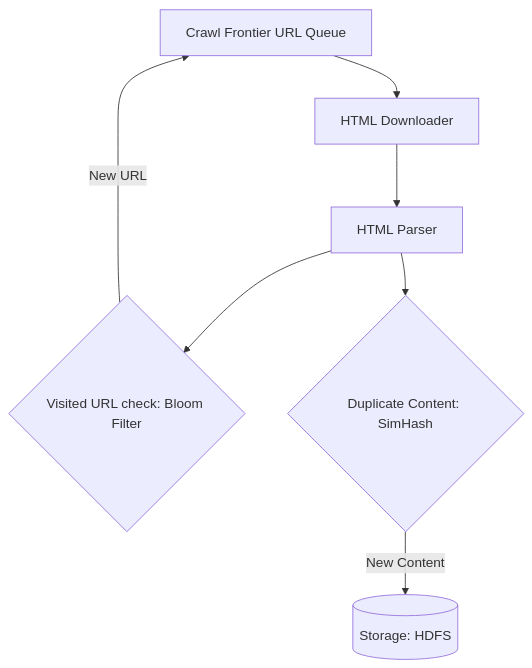
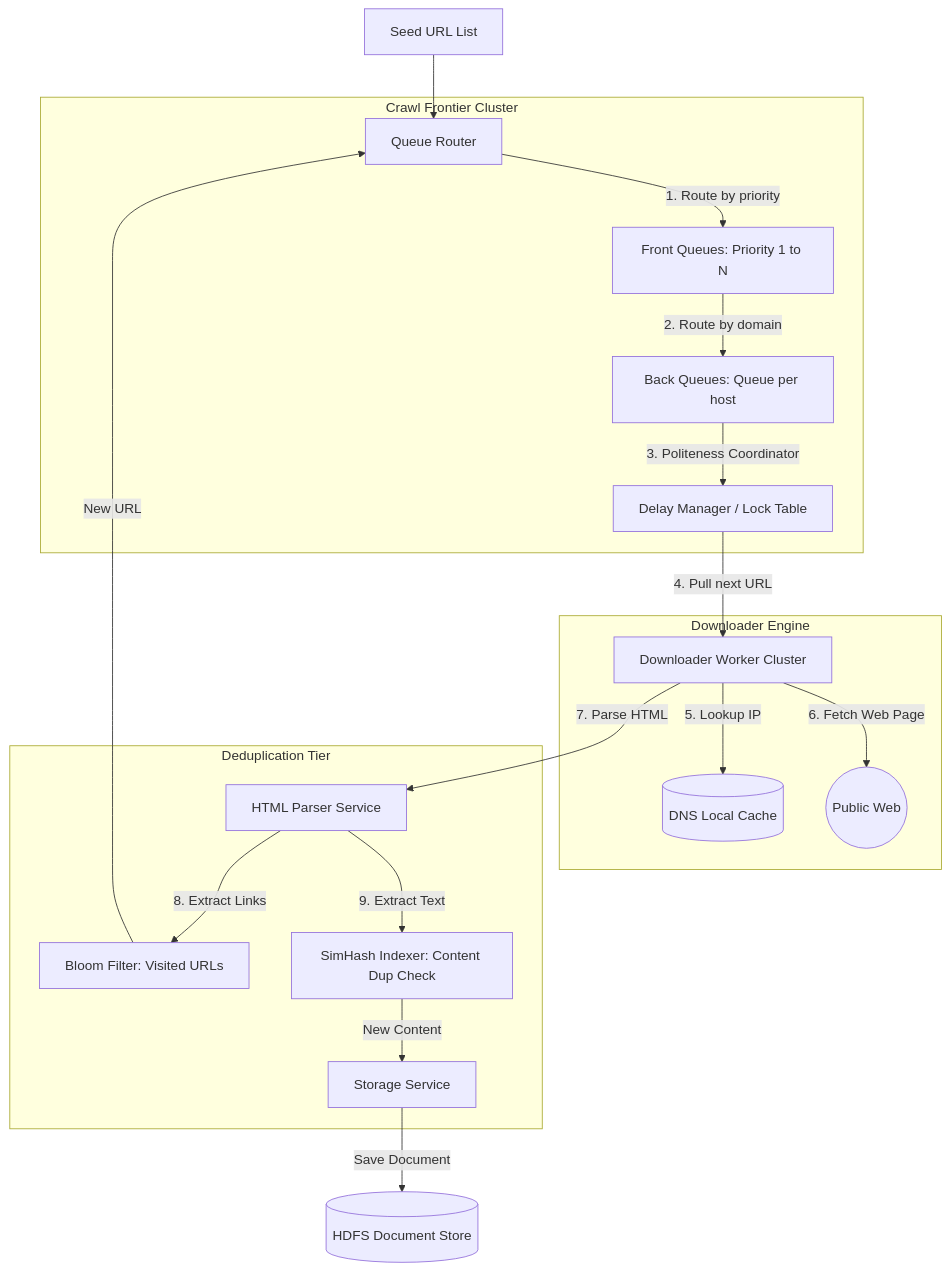
The diagram in high-level-design/concepts/26-design-web-crawler.md (gp330841/interview), drawn with Mermaid before and after one commit. The commit also changed other lines of this file and 66 other files, not shown here.

````diff
--- a/high-level-design/concepts/26-design-web-crawler.md
+++ b/high-level-design/concepts/26-design-web-crawler.md
@@ -17,9 +48,33 @@
 ```mermaid
 flowchart TD
-    Frontier[Crawl Frontier URL Queue] --> Downloader[HTML Downloader]
-    Downloader --> Parser[HTML Parser]
-    Parser --> Bloom{Visited URL check: Bloom Filter}
-    Bloom -->|New URL| Frontier
-    Parser --> SimHash{Duplicate Content: SimHash}
-    SimHash -->|New Content| Data[(Storage: HDFS)]
+    %% Seeds
+    SeedURLs[Seed URL List] --> QueueRouter[Queue Router]
+    
+    %% Crawl Frontier
+    subgraph Frontier [Crawl Frontier Cluster]
+        QueueRouter -->|1. Route by priority| PriorityQueues[Front Queues: Priority 1 to N]
+        PriorityQueues -->|2. Route by domain| HostQueues[Back Queues: Queue per host]
+        HostQueues -->|3. Politeness Coordinator| DelayManager[Delay Manager / Lock Table]
+    end
+    
+    %% Worker Execution Loop
+    DelayManager -->|4. Pull next URL| Fetcher[Downloader Worker Cluster]
+    
+    subgraph DownloaderPipeline [Downloader Engine]
+        Fetcher -->|5. Lookup IP| DNSCache[(DNS Local Cache)]
+        Fetcher -->|6. Fetch Web Page| Internet((Public Web))
+    end
+    
+    %% Parsing & Deduplication
+    Fetcher -->|7. Parse HTML| Parser[HTML Parser Service]
+    
+    subgraph Verification [Deduplication Tier]
+        Parser -->|8. Extract Links| Bloom[Bloom Filter: Visited URLs]
+        Bloom -->|New URL| QueueRouter
+        
+        Parser -->|9. Extract Text| SimHash[SimHash Indexer: Content Dup Check]
+        SimHash -->|New Content| StorageSvc[Storage Service]
+    end
+    
+    StorageSvc -->|Save Document| HDFS[(HDFS Document Store)]
 ```
````
